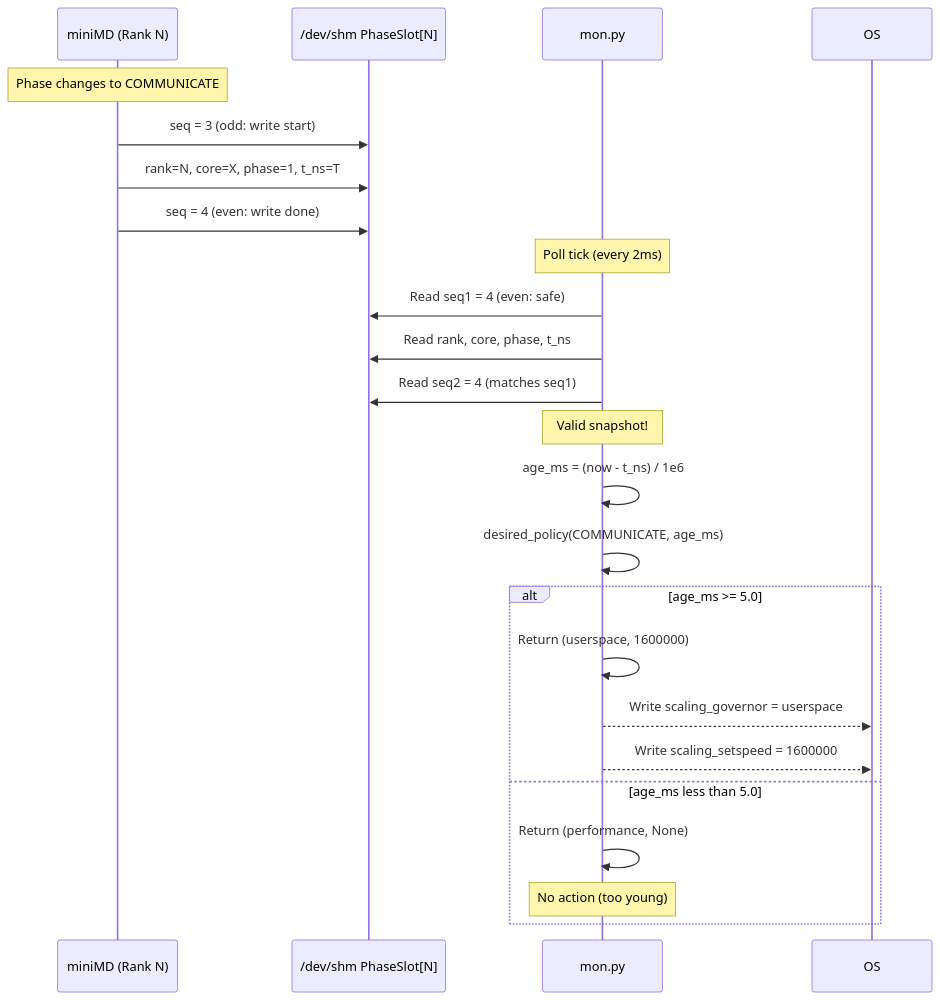
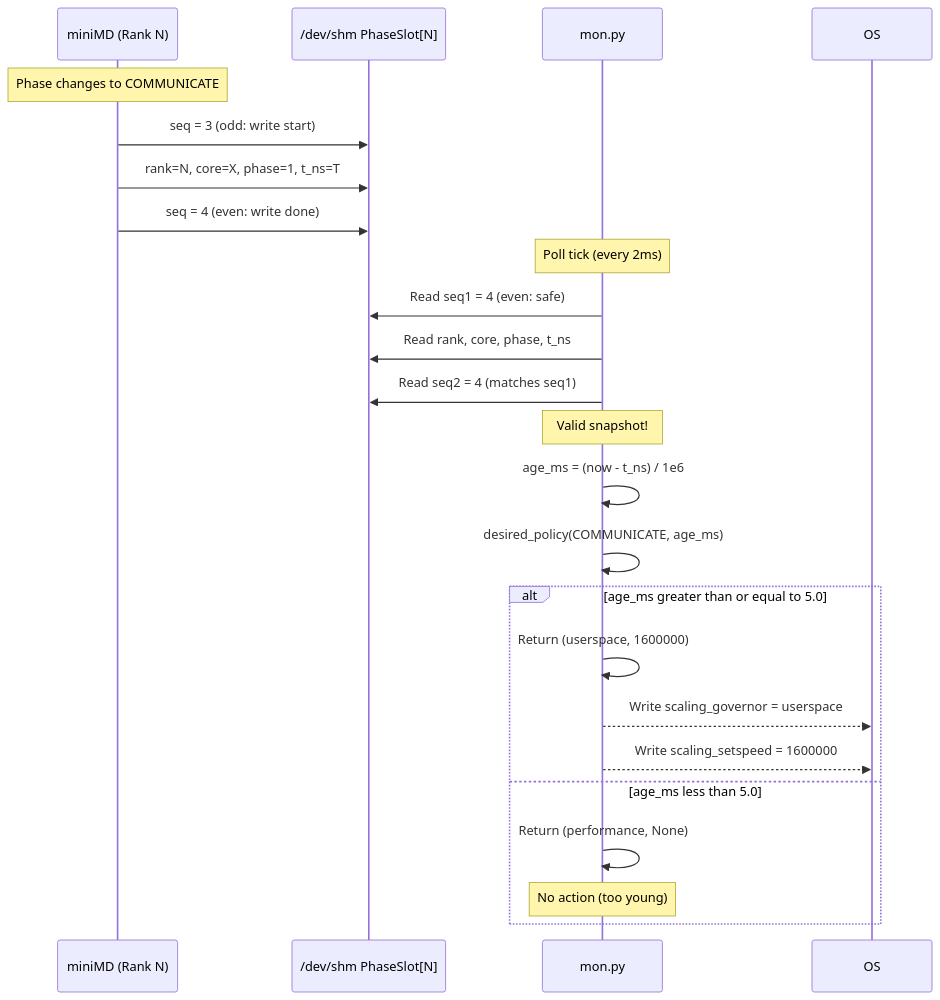
Before and after one commit to johnnietse/elec-498-group-30-2025-2026-proxy-app: the second of 5 diagrams in 00_architecture_docs/09_data_flow_and_ipc.md, drawn with Mermaid. The commit also changed other lines of this file and 1 other file, not shown here.

Commit message:
Fix Mermaid parse errors by replacing semicolons with commas in sequence diagrams

````diff
--- a/00_architecture_docs/09_data_flow_and_ipc.md
+++ b/00_architecture_docs/09_data_flow_and_ipc.md
@@ -149,29 +149,29 @@
 ```mermaid
 sequenceDiagram
     participant App as miniMD (Rank N)
     participant SHM as /dev/shm PhaseSlot[N]
     participant Mon as mon.py
 
     Note over App: Phase changes to COMMUNICATE
     App->>SHM: seq = 3 (odd: write start)
     App->>SHM: rank=N, core=X, phase=1, t_ns=T
     App->>SHM: seq = 4 (even: write done)
 
     Note over Mon: Poll tick (every 2ms)
     Mon->>SHM: Read seq1 = 4 (even: safe)
     Mon->>SHM: Read rank, core, phase, t_ns
     Mon->>SHM: Read seq2 = 4 (matches seq1)
     Note over Mon: Valid snapshot!
     
     Mon->>Mon: age_ms = (now - t_ns) / 1e6
     Mon->>Mon: desired_policy(COMMUNICATE, age_ms)
     
-    alt age_ms >= 5.0
+    alt age_ms greater than or equal to 5.0
         Mon->>Mon: Return (userspace, 1600000)
         Mon-->>OS: Write scaling_governor = userspace
         Mon-->>OS: Write scaling_setspeed = 1600000
     else age_ms less than 5.0
         Mon->>Mon: Return (performance, None)
         Note over Mon: No action (too young)
     end
 ```
````
